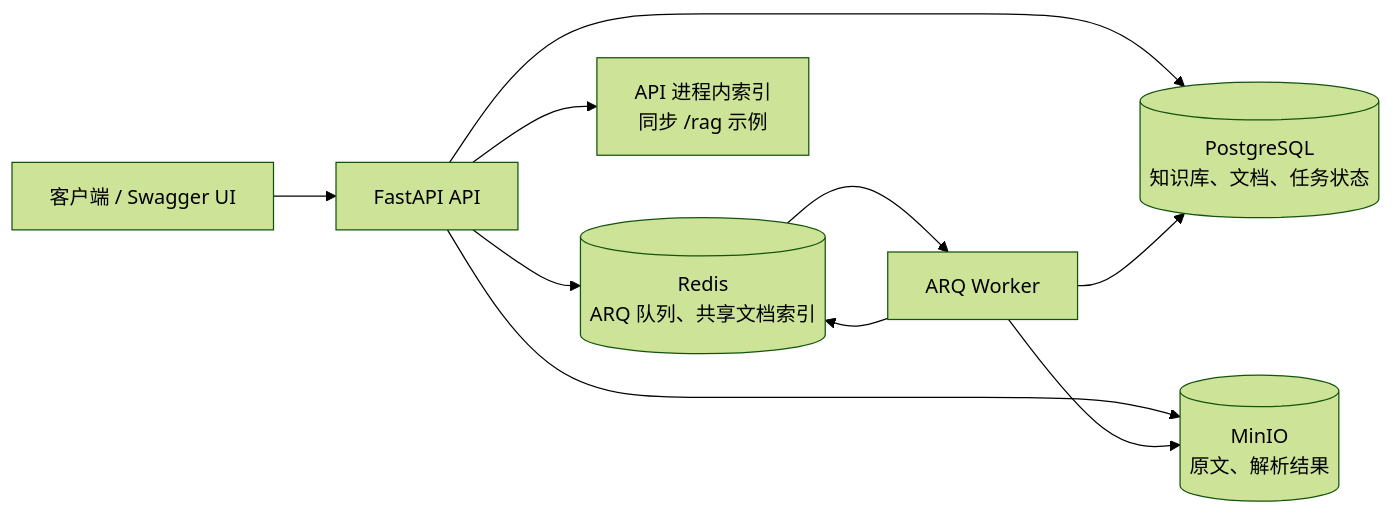
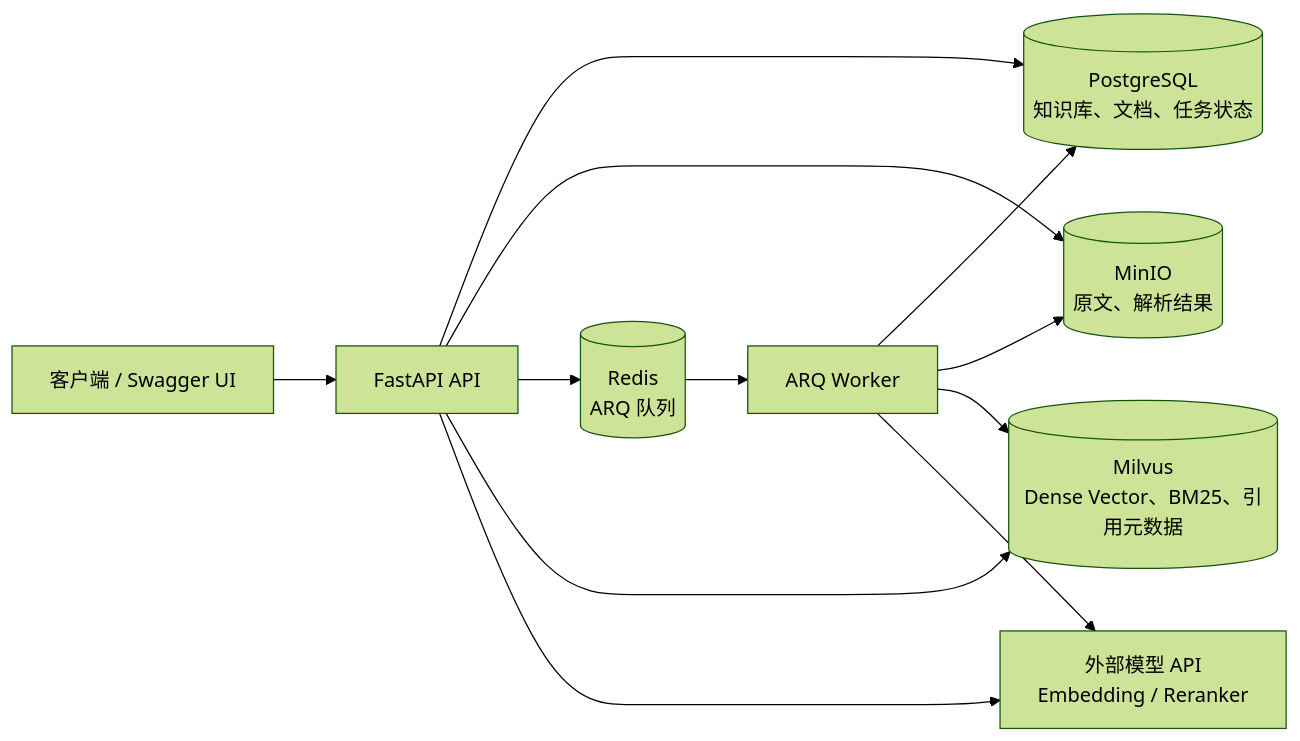
The diagram in README.md (akka-sun/RAG-Agent), drawn with Mermaid (forest theme) before and after one commit. The commit also changed other lines of this file and 8 other files, not shown here.

````diff
--- a/README.md
+++ b/README.md
@@ -16,12 +18,14 @@
 ```mermaid
 flowchart LR
     Client["客户端 / Swagger UI"] --> API["FastAPI API"]
     API --> PG[("PostgreSQL<br/>知识库、文档、任务状态")]
     API --> MinIO[("MinIO<br/>原文、解析结果")]
-    API --> Redis[("Redis<br/>ARQ 队列、共享文档索引")]
+    API --> Redis[("Redis<br/>ARQ 队列")]
+    API --> Milvus[("Milvus<br/>Dense Vector、BM25、引用元数据")]
+    API --> Models["外部模型 API<br/>Embedding / Reranker"]
     Redis --> Worker["ARQ Worker"]
     Worker --> PG
     Worker --> MinIO
-    Worker --> Redis
-    API --> Memory["API 进程内索引<br/>同步 /rag 示例"]
+    Worker --> Milvus
+    Worker --> Models
 ```
````
